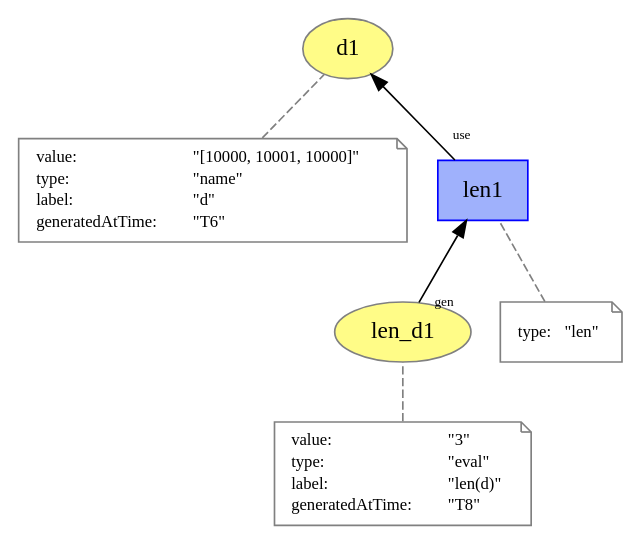
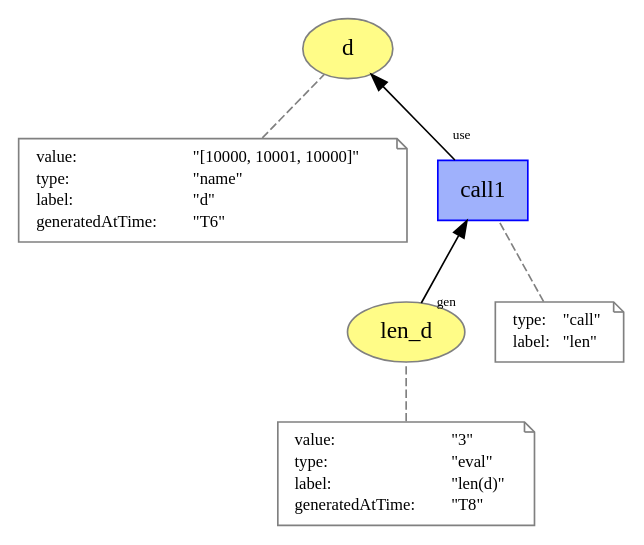
One commit to dew-uff/versioned-prov changed the diagram in versioned_prov/call.dot. Above: the diagram before and after it, drawn with Graphviz. The commit also changed 51 other files, not shown here.

```diff
--- a/versioned_prov/call.dot
+++ b/versioned_prov/call.dot
@@ -1,52 +1,56 @@
 digraph "PROV" { size="16,12"; rankdir="BT";
-"http://example.org/d1" [fillcolor="#FFFC87",color="#808080",style="filled",label="d1",URL="http://example.org/d1"]
+"http://example.org/d" [fillcolor="#FFFC87",color="#808080",style="filled",label="d",URL="http://example.org/d"]
 "-attrs0" [color="gray",shape="note",fontsize="10",fontcolor="black",label=<<TABLE cellpadding="0" border="0">
 	<TR>
 	    <TD align="left">value:</TD>
 	    <TD align="left">&quot;[10000, 10001, 10000]&quot;</TD>
 	</TR>
 	<TR>
 	    <TD align="left">type:</TD>
 	    <TD align="left">&quot;name&quot;</TD>
 	</TR>
 	<TR>
 	    <TD align="left">label:</TD>
 	    <TD align="left">&quot;d&quot;</TD>
 	</TR>
 	<TR>
 	    <TD align="left">generatedAtTime:</TD>
 	    <TD align="left">&quot;T6&quot;</TD>
 	</TR>
 </TABLE>>]
-"-attrs0" -> "http://example.org/d1" [color="gray",style="dashed",arrowhead="none"]
-"http://example.org/len_d1" [fillcolor="#FFFC87",color="#808080",style="filled",label="len_d1",URL="http://example.org/len_d1"]
+"-attrs0" -> "http://example.org/d" [color="gray",style="dashed",arrowhead="none"]
+"http://example.org/len_d" [fillcolor="#FFFC87",color="#808080",style="filled",label="len_d",URL="http://example.org/len_d"]
 "-attrs1" [color="gray",shape="note",fontsize="10",fontcolor="black",label=<<TABLE cellpadding="0" border="0">
 	<TR>
 	    <TD align="left">value:</TD>
 	    <TD align="left">&quot;3&quot;</TD>
 	</TR>
 	<TR>
 	    <TD align="left">type:</TD>
 	    <TD align="left">&quot;eval&quot;</TD>
 	</TR>
 	<TR>
 	    <TD align="left">label:</TD>
 	    <TD align="left">&quot;len(d)&quot;</TD>
 	</TR>
 	<TR>
 	    <TD align="left">generatedAtTime:</TD>
 	    <TD align="left">&quot;T8&quot;</TD>
 	</TR>
 </TABLE>>]
-"-attrs1" -> "http://example.org/len_d1" [color="gray",style="dashed",arrowhead="none"]
-"http://example.org/len1" [fillcolor="#9FB1FC",color="#0000FF",shape="polygon",sides="4",style="filled",label="len1",URL="http://example.org/len1"]
+"-attrs1" -> "http://example.org/len_d" [color="gray",style="dashed",arrowhead="none"]
+"http://example.org/call1" [fillcolor="#9FB1FC",color="#0000FF",shape="polygon",sides="4",style="filled",label="call1",URL="http://example.org/call1"]
 "-attrs2" [color="gray",shape="note",fontsize="10",fontcolor="black",label=<<TABLE cellpadding="0" border="0">
 	<TR>
 	    <TD align="left">type:</TD>
+	    <TD align="left">&quot;call&quot;</TD>
+	</TR>
+	<TR>
+	    <TD align="left">label:</TD>
 	    <TD align="left">&quot;len&quot;</TD>
 	</TR>
 </TABLE>>]
-"-attrs2" -> "http://example.org/len1" [color="gray",style="dashed",arrowhead="none"]
-"http://example.org/len1" -> "http://example.org/d1" [labelfontsize="8",labeldistance="1.5",labelangle="60.0",rotation="20",taillabel="use"]
-"http://example.org/len_d1" -> "http://example.org/len1" [labelfontsize="8",labeldistance="1.5",labelangle="60.0",rotation="20",taillabel="gen"]
+"-attrs2" -> "http://example.org/call1" [color="gray",style="dashed",arrowhead="none"]
+"http://example.org/call1" -> "http://example.org/d" [labelfontsize="8",labeldistance="1.5",labelangle="60.0",rotation="20",taillabel="use"]
+"http://example.org/len_d" -> "http://example.org/call1" [labelfontsize="8",labeldistance="1.5",labelangle="60.0",rotation="20",taillabel="gen"]
 }
```
